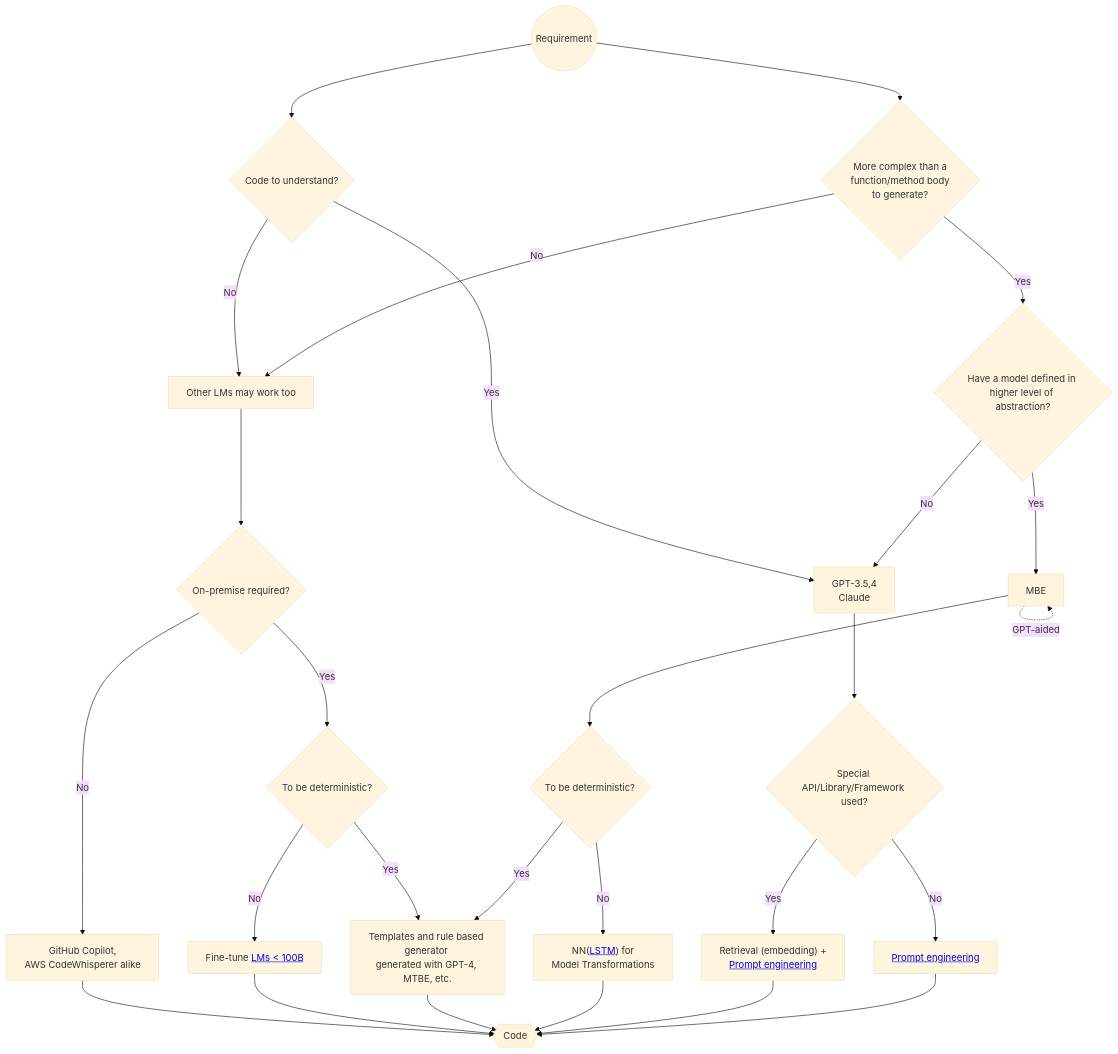
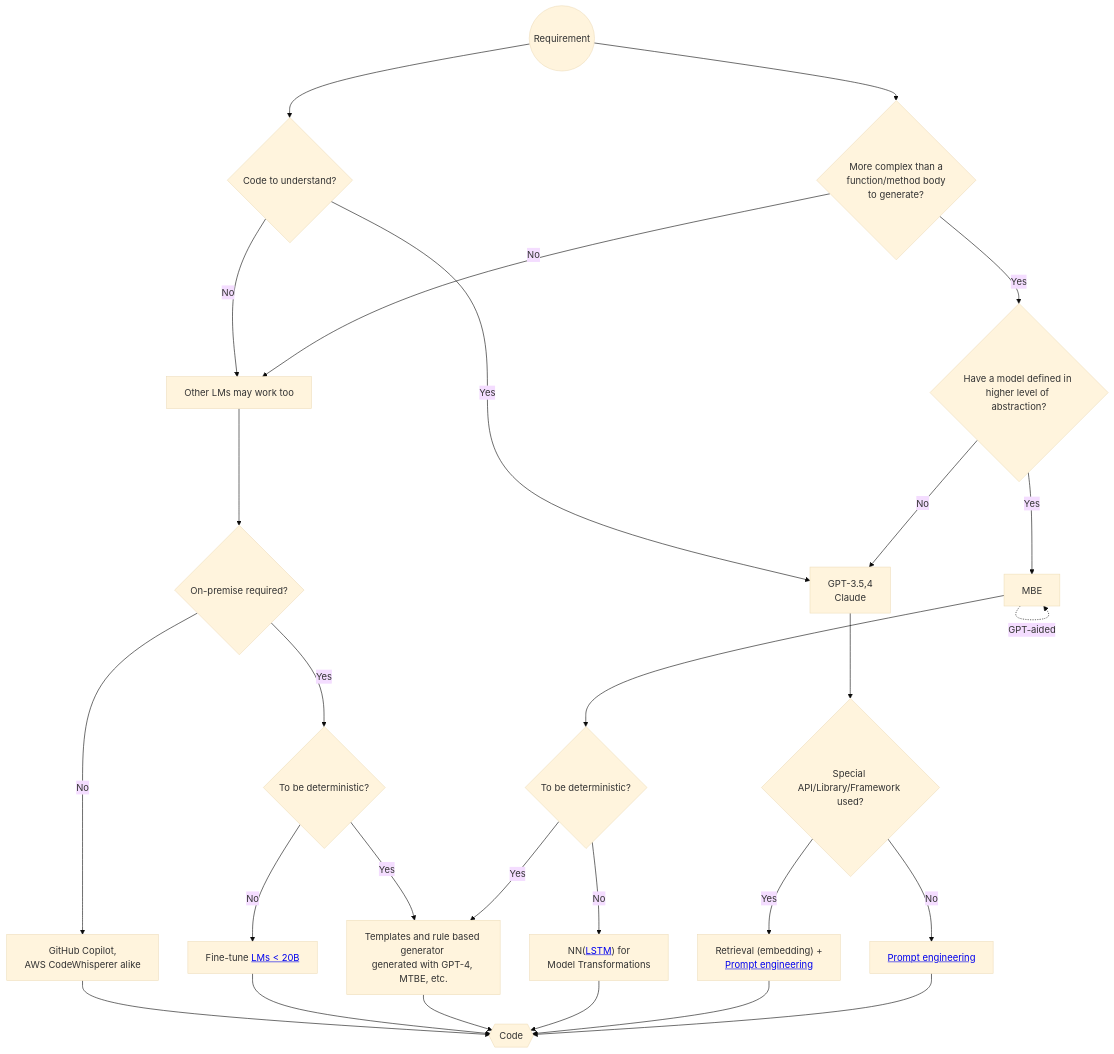
Before and after one commit to AI-LLM/ai-llm.github.io: the first of 2 diagrams in Code-Generation.md, drawn with Mermaid (base theme).

````diff
--- a/Code-Generation.md
+++ b/Code-Generation.md
@@ -3,29 +3,29 @@
 ```mermaid
 graph TD;
     S((Requirement))-->Q1{"More complex than a \nfunction/method body\n to generate?"};
     S-->Q2{Code to understand?};
     Q1 -- Yes --> Q1a{"Have a model defined in \nhigher level of abstraction?"}
     Q1a -- No --> P1["GPT-3.5,4\nClaude"];
     Q1a -- Yes --> P100[MBE]
     P100 -. GPT-aided .-> P100
     P100 --> Q1b{To be deterministic?} 
     Q1b -- No --> P12["NN(<a target='_blank' href='https://modeling-languages.com/lstm-neural-network-model-transformations/'>LSTM</a>) for \nModel Transformations"]
     Q1b -- Yes --> P21
     Q1 -- No -->P2[Other LMs may work too];
     Q2 -- Yes -->P1
     Q2 -- No -->P2;
     P1 --> Q3{"Special \nAPI/Library/Framework used?"};
     Q3 -- No -->P10["<a href='https://ai-llm.github.io/prompt-patterns/'>Prompt engineering</a>"];
     Q3 -- Yes -->P11["Retrieval (embedding) + \n<a href='https://github.com/AI-LLM/ai-llm.github.io/blob/main/doc-code.md'>Prompt engineering</a>"];
     P2 --> Q4{On-premise required?};
     Q4 -- Yes --> Q5{To be deterministic?};
     Q4 -- No --> P23["GitHub Copilot, \nAWS CodeWhisperer alike"]
     Q5 -- Yes --> P21["Templates and rule based generator \ngenerated with GPT-4, MTBE, etc."]
-    Q5 -- No --> P22["Fine-tune <a href='https://github.com/AI-LLM/ai-llm.github.io/blob/main/Code-LLM-alternatives.md'>LMs < 100B</a>"]
+    Q5 -- No --> P22["Fine-tune <a href='https://github.com/AI-LLM/ai-llm.github.io/blob/main/Code-LLM-alternatives.md'>LMs < 20B</a>"]
     P10 --> Code{{Code}}
     P11 --> Code
     P12 --> Code
     P21 --> Code
     P22 --> Code
     P23 --> Code
 ```
````
